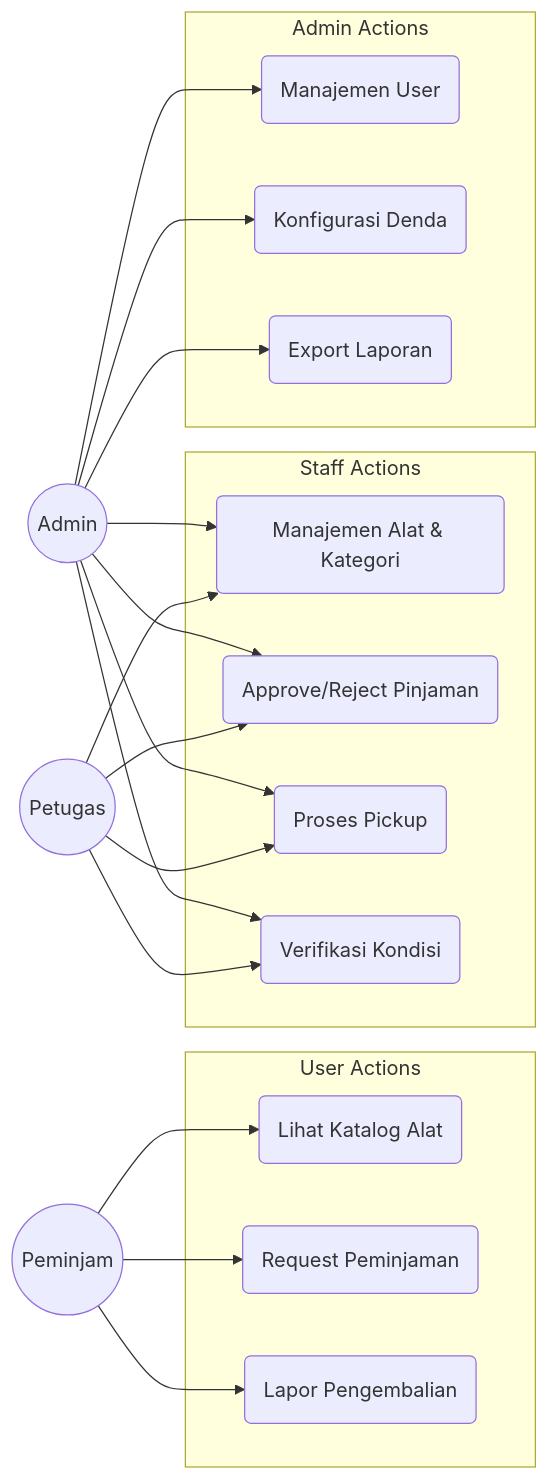
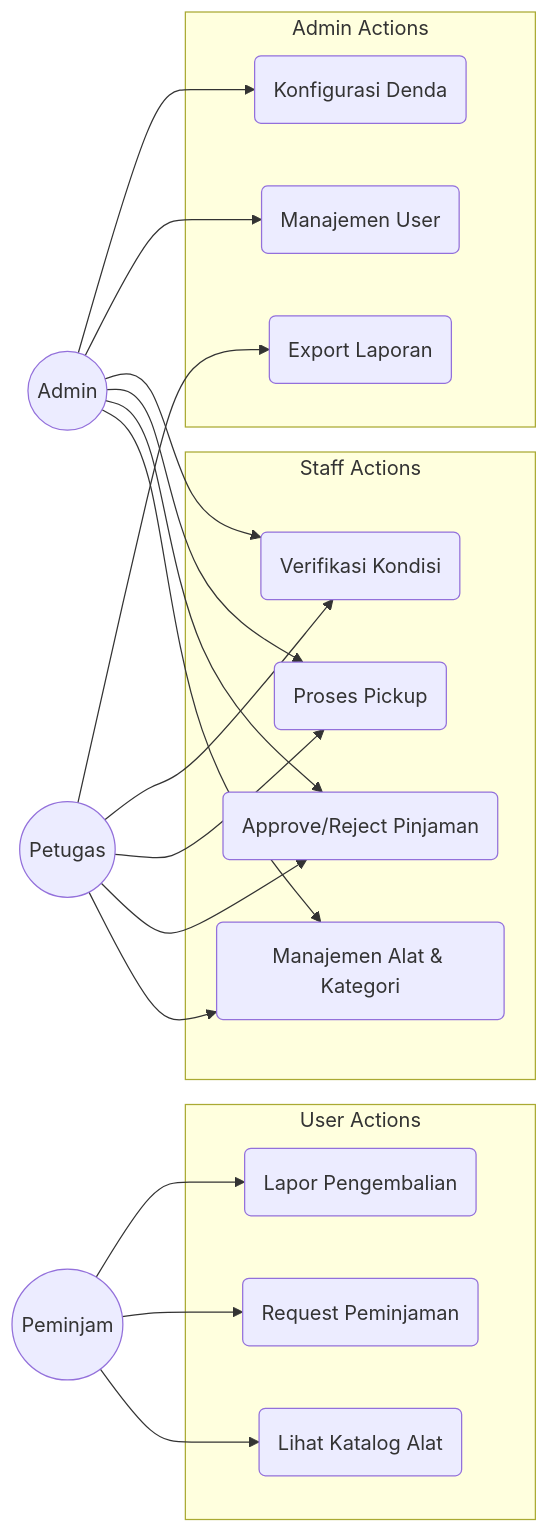
Before and after one commit to Vrdeyy/spk1: the second of 2 diagrams in README.md, drawn with Mermaid. The commit also changed other lines of this file, not shown here.

````diff
--- a/README.md
+++ b/README.md
@@ -65,42 +67,42 @@
 ```mermaid
 flowchart LR
     Peminjam((Peminjam))
     Petugas((Petugas))
     Admin((Admin))
 
     subgraph User_Actions [User Actions]
         P1(Lihat Katalog Alat)
         P2(Request Peminjaman)
         P3(Lapor Pengembalian)
     end
 
     subgraph Staff_Actions [Staff Actions]
         S1(Manajemen Alat & Kategori)
         S2(Approve/Reject Pinjaman)
         S3(Proses Pickup)
         S4(Verifikasi Kondisi)
     end
 
     subgraph Admin_Actions [Admin Actions]
         A1(Manajemen User)
         A2(Konfigurasi Denda)
         A3(Export Laporan)
     end
 
     Peminjam --> P1
     Peminjam --> P2
     Peminjam --> P3
 
     Petugas --> S1
     Petugas --> S2
     Petugas --> S3
     Petugas --> S4
+    Petugas --> A3
 
     Admin --> S1
     Admin --> S2
     Admin --> S3
     Admin --> S4
     Admin --> A1
     Admin --> A2
-    Admin --> A3
 ```
````
